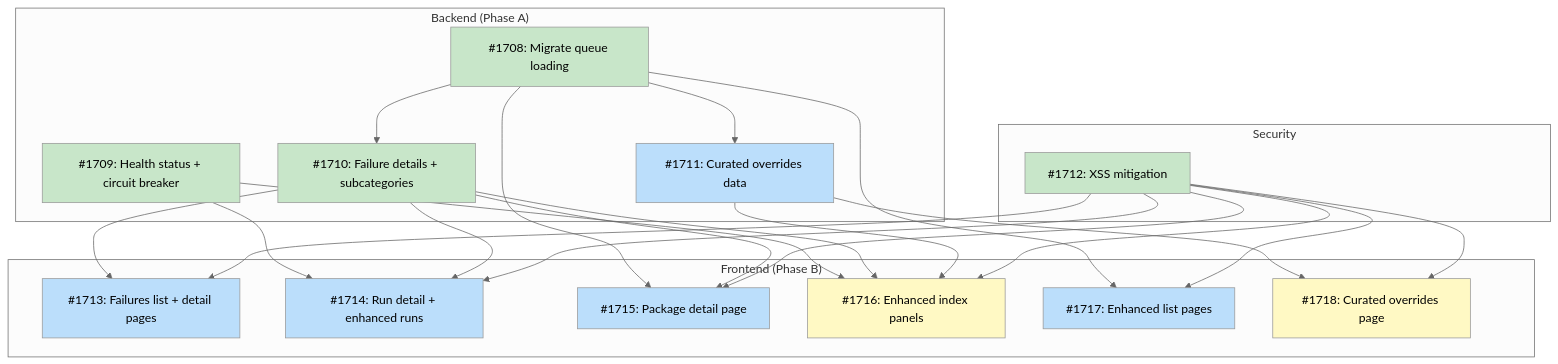
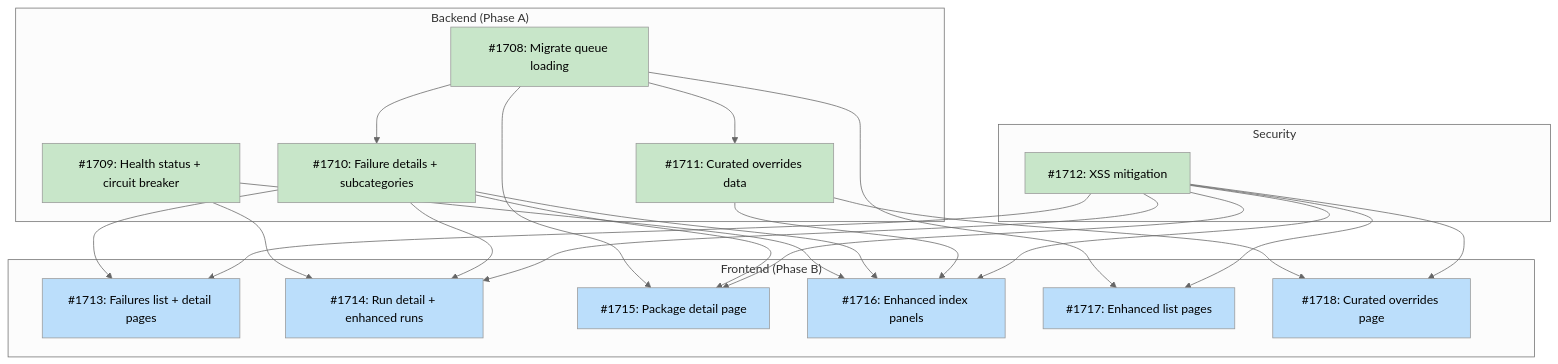
One commit to tsukumogami/tsuku changed the first of 3 diagrams in docs/designs/DESIGN-dashboard-observability.md. Above: the diagram before and after it, drawn with Mermaid (neutral theme). The commit also changed other lines of this file, not shown here.

Commit message:
docs: mark #1711 done in design doc
Update dashboard-observability design doc: strikethrough #1711 in issues
table, mark I1711 done in dependency diagram, unblock #1716 and #1718.

````diff
--- a/docs/designs/DESIGN-dashboard-observability.md
+++ b/docs/designs/DESIGN-dashboard-observability.md
@@ -67,51 +67,49 @@
 ```mermaid
 graph TD
     subgraph Backend["Backend (Phase A)"]
         I1708["#1708: Migrate queue loading"]
         I1709["#1709: Health status + circuit breaker"]
         I1710["#1710: Failure details + subcategories"]
         I1711["#1711: Curated overrides data"]
     end
 
     subgraph Security["Security"]
         I1712["#1712: XSS mitigation"]
     end
 
     subgraph Frontend["Frontend (Phase B)"]
         I1713["#1713: Failures list + detail pages"]
         I1714["#1714: Run detail + enhanced runs"]
         I1715["#1715: Package detail page"]
         I1716["#1716: Enhanced index panels"]
         I1717["#1717: Enhanced list pages"]
         I1718["#1718: Curated overrides page"]
     end
 
     I1708 --> I1710
     I1708 --> I1711
     I1708 --> I1715
     I1708 --> I1717
     I1710 --> I1713
     I1712 --> I1713
     I1709 --> I1714
     I1710 --> I1714
     I1712 --> I1714
     I1710 --> I1715
     I1712 --> I1715
     I1709 --> I1716
     I1710 --> I1716
     I1711 --> I1716
     I1712 --> I1716
     I1712 --> I1717
     I1711 --> I1718
     I1712 --> I1718
 
     classDef done fill:#c8e6c9
     classDef ready fill:#bbdefb
     classDef blocked fill:#fff9c4
     classDef needsDesign fill:#e1bee7
 
-    class I1708,I1709,I1710,I1712 done
-    class I1711 ready
-    class I1713,I1714,I1715,I1717 ready
-    class I1716,I1718 blocked
+    class I1708,I1709,I1710,I1711,I1712 done
+    class I1713,I1714,I1715,I1716,I1717,I1718 ready
 ```
````
